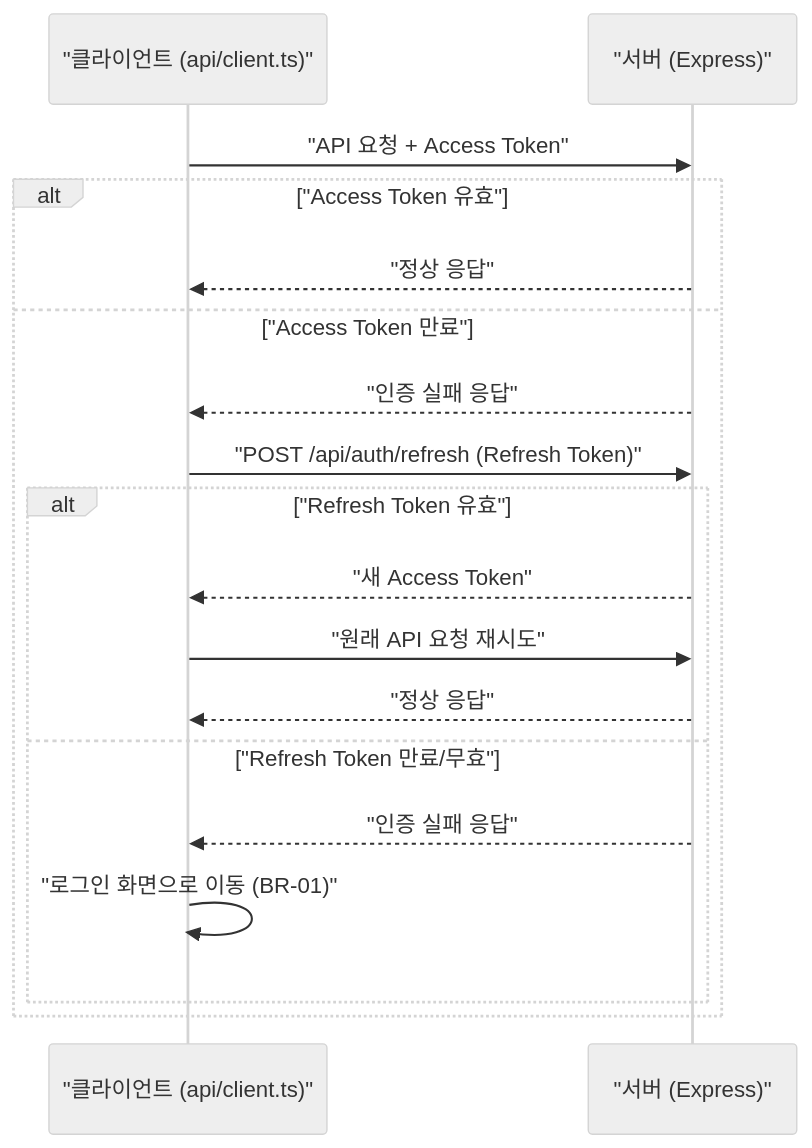
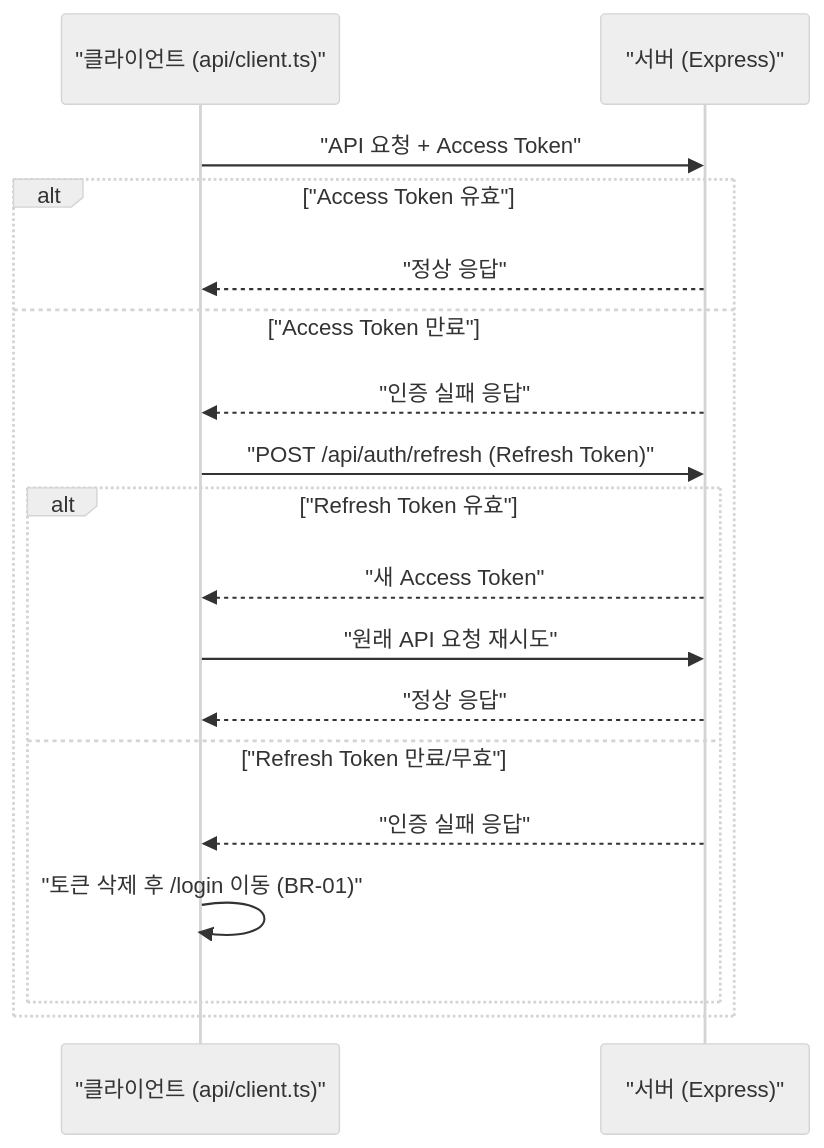
The second of 3 diagrams in docs/6-arch-diagram.md (jeongsulee/team-caltalk), drawn with Mermaid (neutral theme) before and after one commit. The commit also changed other lines of this file and 9 other files, not shown here.

````diff
--- a/docs/6-arch-diagram.md
+++ b/docs/6-arch-diagram.md
@@ -39,21 +68,21 @@
 ```mermaid
 sequenceDiagram
     participant C as "클라이언트 (api/client.ts)"
     participant S as "서버 (Express)"
 
     C->>S: "API 요청 + Access Token"
     alt "Access Token 유효"
         S-->>C: "정상 응답"
     else "Access Token 만료"
         S-->>C: "인증 실패 응답"
         C->>S: "POST /api/auth/refresh (Refresh Token)"
         alt "Refresh Token 유효"
             S-->>C: "새 Access Token"
             C->>S: "원래 API 요청 재시도"
             S-->>C: "정상 응답"
         else "Refresh Token 만료/무효"
             S-->>C: "인증 실패 응답"
-            C->>C: "로그인 화면으로 이동 (BR-01)"
+            C->>C: "토큰 삭제 후 /login 이동 (BR-01)"
         end
     end
 ```
````
